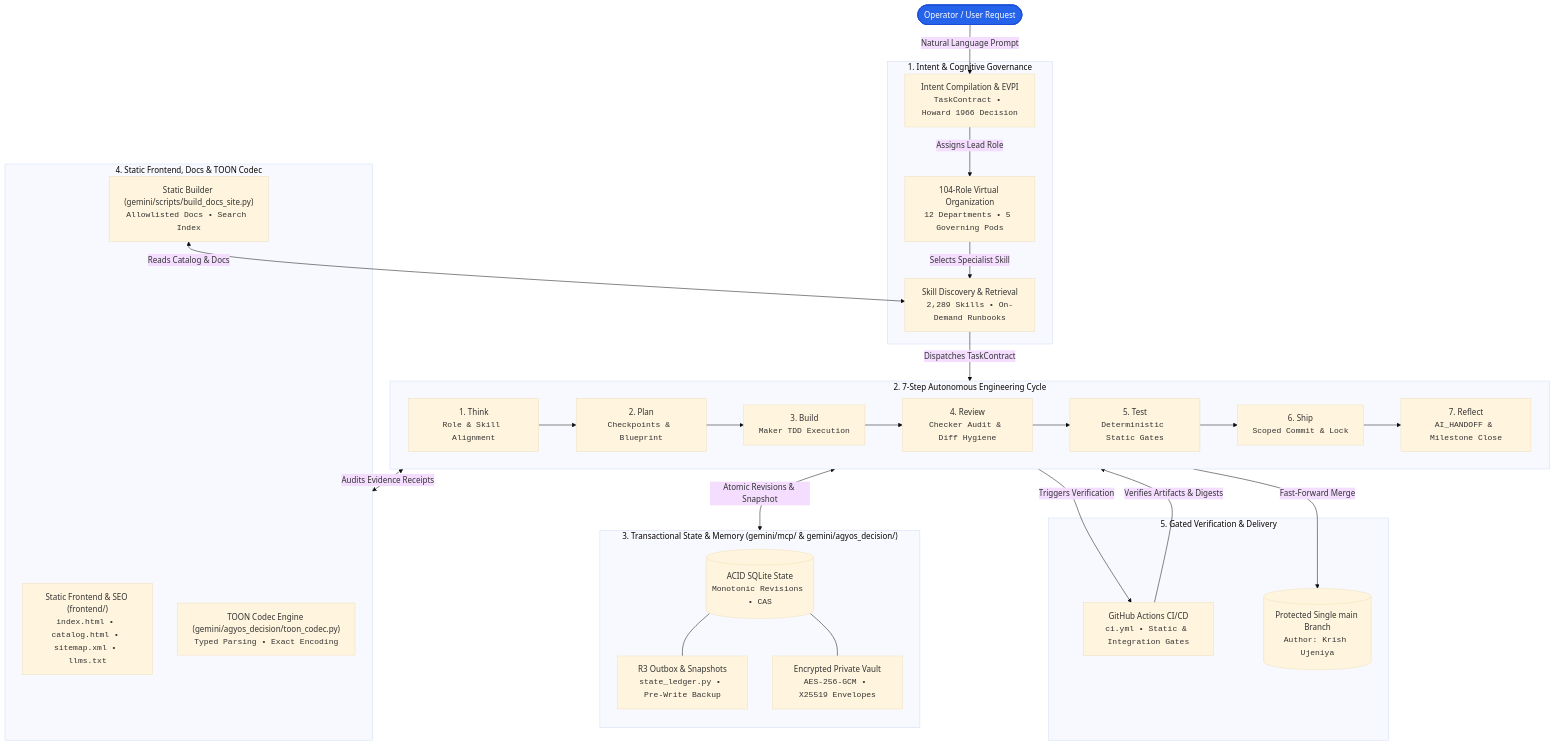
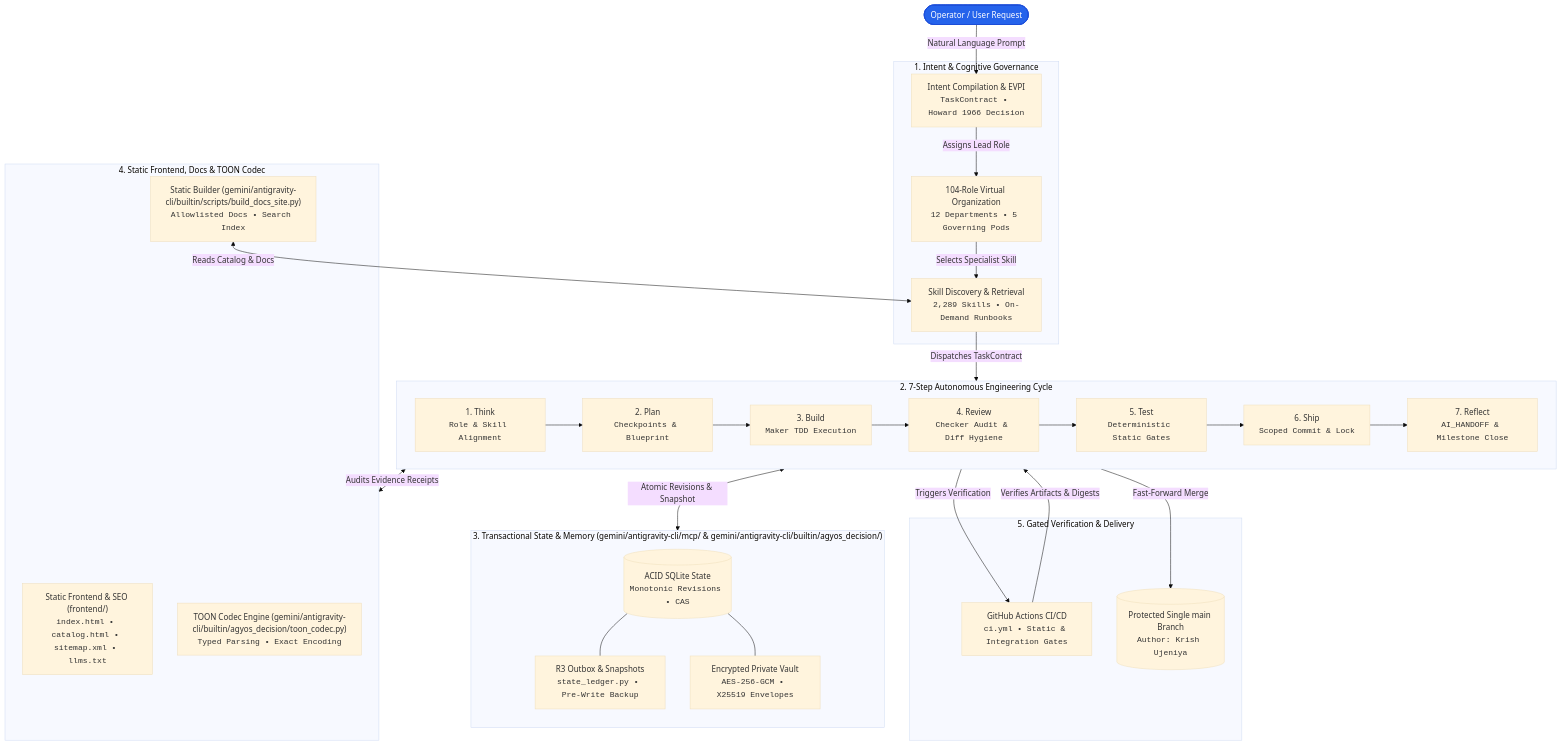
The diagram in README.md (krishujeniya/AGYOS), drawn with Mermaid (base theme) before and after one commit. The commit also changed other lines of this file and 18185 other files, not shown here.

````diff
--- a/README.md
+++ b/README.md
@@ -24,57 +24,57 @@
 ```mermaid
 flowchart TD
     User(["Operator / User Request"]):::operator
 
     subgraph CognitiveLayer["1. Intent & Cognitive Governance"]
         Intent["Intent Compilation & EVPI<br/><code>TaskContract • Howard 1966 Decision</code>"]
         Pods["104-Role Virtual Organization<br/><code>12 Departments • 5 Governing Pods</code>"]
         Catalog["Skill Discovery & Retrieval<br/><code>2,289 Skills • On-Demand Runbooks</code>"]
     end
 
     subgraph AutonomousCycle["2. 7-Step Autonomous Engineering Cycle"]
         direction LR
         S1["1. Think<br/><code>Role & Skill Alignment</code>"] --> S2["2. Plan<br/><code>Checkpoints & Blueprint</code>"]
         S2 --> S3["3. Build<br/><code>Maker TDD Execution</code>"]
         S3 --> S4["4. Review<br/><code>Checker Audit & Diff Hygiene</code>"]
         S4 --> S5["5. Test<br/><code>Deterministic Static Gates</code>"]
         S5 --> S6["6. Ship<br/><code>Scoped Commit & Lock</code>"]
         S6 --> S7["7. Reflect<br/><code>AI_HANDOFF & Milestone Close</code>"]
     end
 
-    subgraph StorageEngine["3. Transactional State & Memory (gemini/mcp/ & gemini/agyos_decision/)"]
+    subgraph StorageEngine["3. Transactional State & Memory (gemini/antigravity-cli/mcp/ & gemini/antigravity-cli/builtin/agyos_decision/)"]
         direction TB
         SQLite[("ACID SQLite State<br/><code>Monotonic Revisions • CAS</code>")]
         Outbox["R3 Outbox & Snapshots<br/><code>state_ledger.py • Pre-Write Backup</code>"]
         Vault["Encrypted Private Vault<br/><code>AES-256-GCM • X25519 Envelopes</code>"]
         SQLite --- Outbox
         SQLite --- Vault
     end
 
     subgraph RuntimeLayer["4. Static Frontend, Docs & TOON Codec"]
         Frontend["Static Frontend & SEO (frontend/)<br/><code>index.html • catalog.html • sitemap.xml • llms.txt</code>"]
-        SiteGen["Static Builder (gemini/scripts/build_docs_site.py)<br/><code>Allowlisted Docs • Search Index</code>"]
-        Codec["TOON Codec Engine (gemini/agyos_decision/toon_codec.py)<br/><code>Typed Parsing • Exact Encoding</code>"]
+        SiteGen["Static Builder (gemini/antigravity-cli/builtin/scripts/build_docs_site.py)<br/><code>Allowlisted Docs • Search Index</code>"]
+        Codec["TOON Codec Engine (gemini/antigravity-cli/builtin/agyos_decision/toon_codec.py)<br/><code>Typed Parsing • Exact Encoding</code>"]
     end
 
     subgraph ReleaseGate["5. Gated Verification & Delivery"]
         CI["GitHub Actions CI/CD<br/><code>ci.yml • Static & Integration Gates</code>"]
         MainBranch[("Protected Single main Branch<br/><code>Author: Krish Ujeniya</code>")]
     end
 
     %% Connections
     User -->|"Natural Language Prompt"| Intent
     Intent -->|"Assigns Lead Role"| Pods
     Pods -->|"Selects Specialist Skill"| Catalog
     Catalog -->|"Dispatches TaskContract"| AutonomousCycle
 
     S3 <-->|"Atomic Revisions & Snapshot"| StorageEngine
     S4 <-->|"Audits Evidence Receipts"| RuntimeLayer
     SiteGen <-->|"Reads Catalog & Docs"| Catalog
 
     S5 -->|"Triggers Verification"| CI
     CI -->|"Verifies Artifacts & Digests"| S6
     S6 -->|"Fast-Forward Merge"| MainBranch
 
     %% Class Styles
     classDef operator fill:#2563eb,stroke:#1d4ed8,color:#ffffff,stroke-width:2px;
 ```
````
